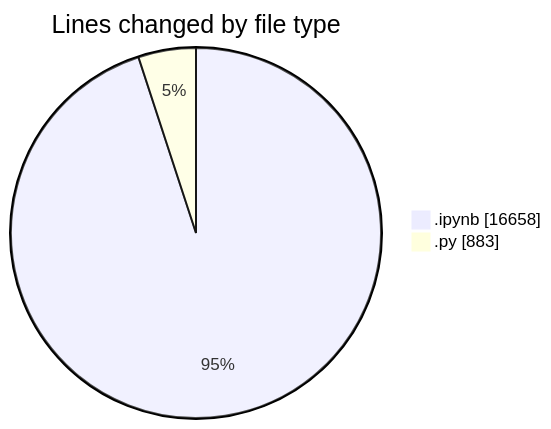
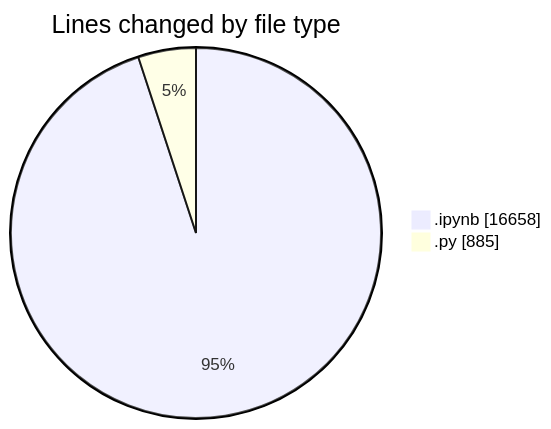
Before and after one commit to MatusMokan/code-tracking: the first of 2 diagrams in 2025-03-20/myws__workspace_/README.md, drawn with Mermaid. The commit also changed other lines of this file and 1 other file, not shown here.

````diff
--- a/2025-03-20/myws__workspace_/README.md
+++ b/2025-03-20/myws__workspace_/README.md
@@ -21,6 +21,6 @@
 ```mermaid
 pie showData
 title Lines changed by file type
 ".ipynb" : 16658
-".py" : 883
+".py" : 885
 ```
````
